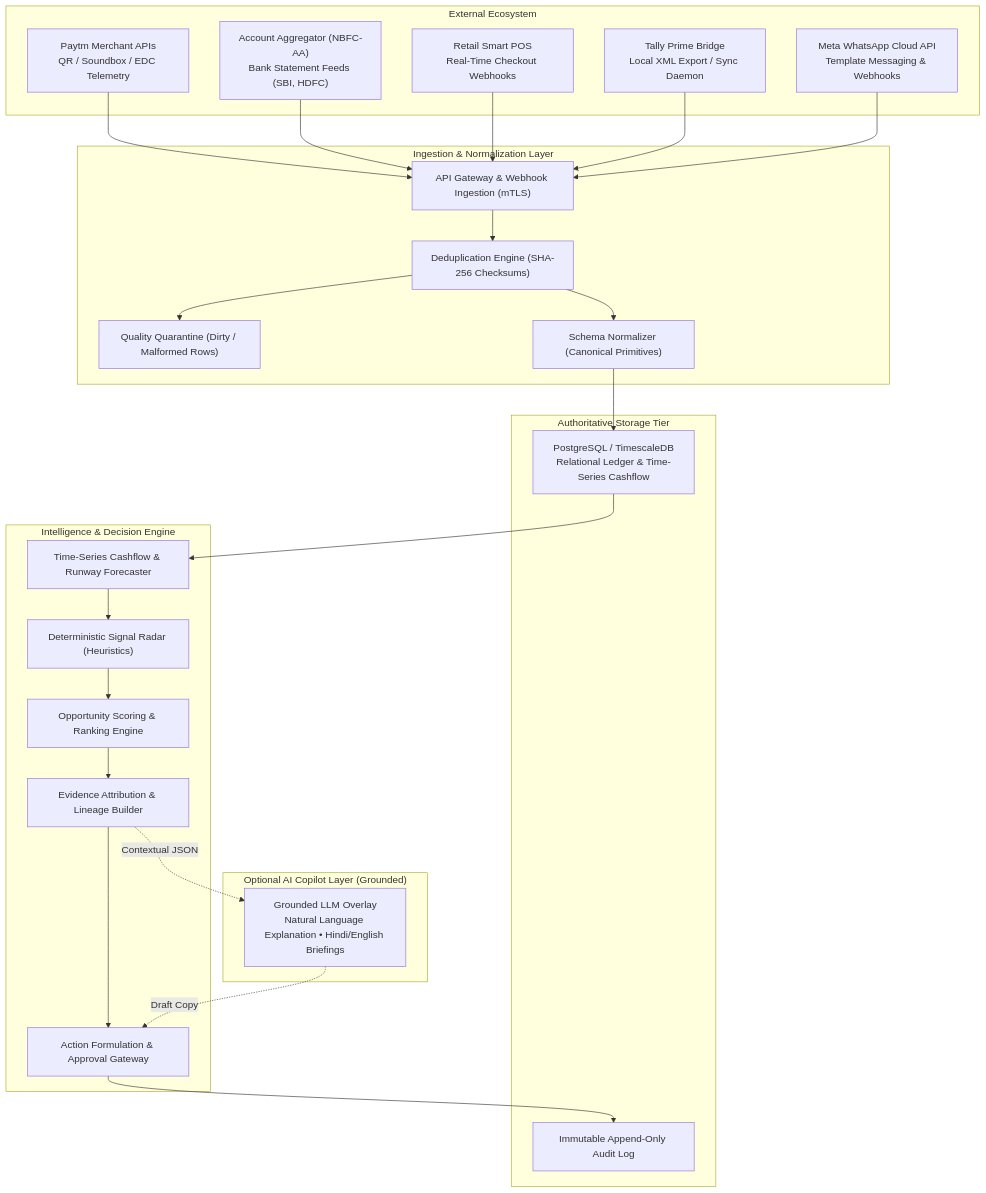
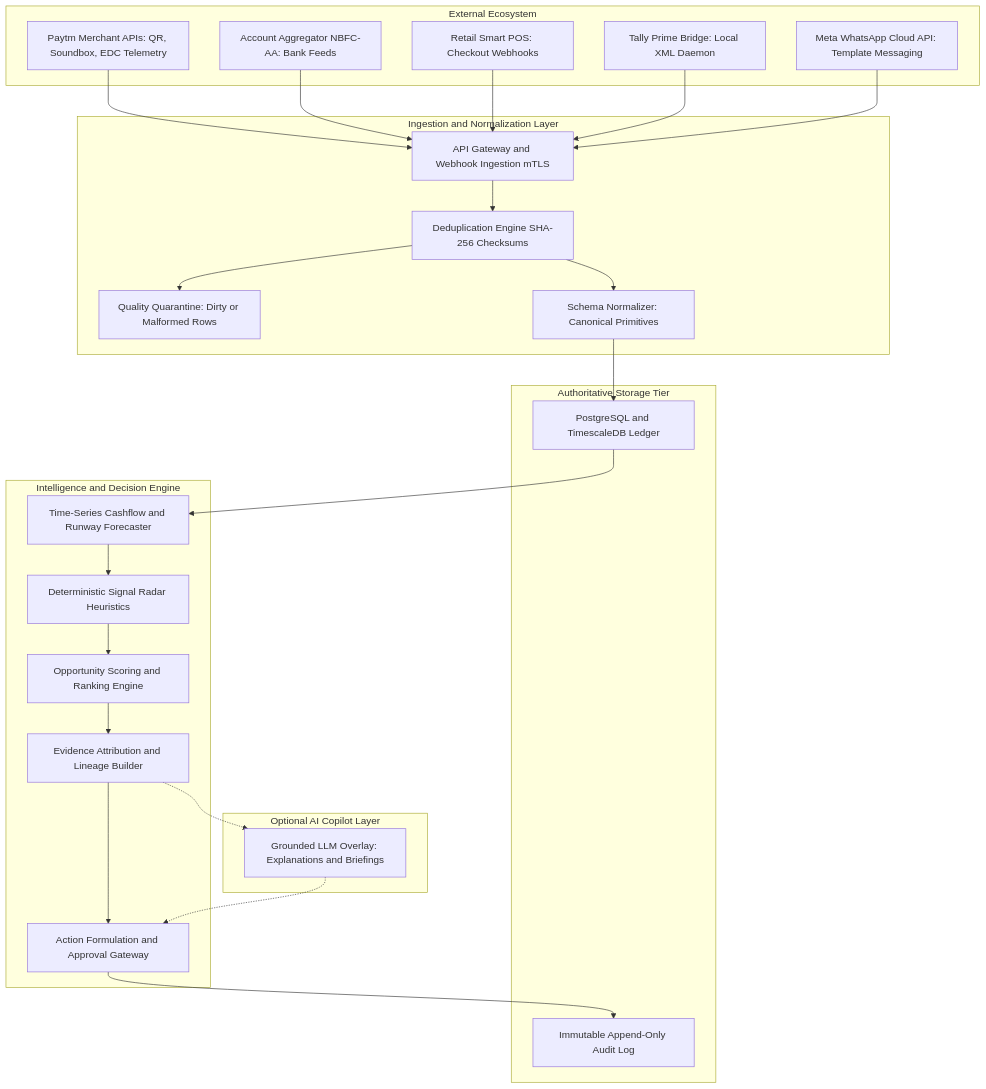
Before and after one commit to webdevpraveen/merchantmind_hacksprint: the third of 4 diagrams in README.md, drawn with Mermaid. The commit also changed other lines of this file, not shown here.

First line of the commit message:
fix(docs): resolve Mermaid rendering in GitHub by using standard graph syntax

````diff
--- a/README.md
+++ b/README.md
@@ -300,54 +300,54 @@
 ```mermaid
-flowchart TB
-    subgraph SOURCES["External Ecosystem"]
-        PAYTM["Paytm Merchant APIs<br/>QR / Soundbox / EDC Telemetry"]
-        AA["Account Aggregator (NBFC-AA)<br/>Bank Statement Feeds (SBI, HDFC)"]
-        POS["Retail Smart POS<br/>Real-Time Checkout Webhooks"]
-        TALLY["Tally Prime Bridge<br/>Local XML Export / Sync Daemon"]
-        WA["Meta WhatsApp Cloud API<br/>Template Messaging & Webhooks"]
+graph TB
+    subgraph SOURCES [External Ecosystem]
+        PAYTM[Paytm Merchant APIs: QR, Soundbox, EDC Telemetry]
+        AA[Account Aggregator NBFC-AA: Bank Feeds]
+        POS[Retail Smart POS: Checkout Webhooks]
+        TALLY[Tally Prime Bridge: Local XML Daemon]
+        WA[Meta WhatsApp Cloud API: Template Messaging]
     end
 
-    subgraph INGEST["Ingestion & Normalization Layer"]
-        EDGE["API Gateway & Webhook Ingestion (mTLS)"]
-        DEDUP["Deduplication Engine (SHA-256 Checksums)"]
-        QUAR["Quality Quarantine (Dirty / Malformed Rows)"]
-        NORM["Schema Normalizer (Canonical Primitives)"]
+    subgraph INGEST [Ingestion and Normalization Layer]
+        EDGE[API Gateway and Webhook Ingestion mTLS]
+        DEDUP[Deduplication Engine SHA-256 Checksums]
+        QUAR[Quality Quarantine: Dirty or Malformed Rows]
+        NORM[Schema Normalizer: Canonical Primitives]
     end
 
-    subgraph STORAGE["Authoritative Storage Tier"]
-        PG["PostgreSQL / TimescaleDB<br/>Relational Ledger & Time-Series Cashflow"]
-        AUDIT["Immutable Append-Only Audit Log"]
+    subgraph STORAGE [Authoritative Storage Tier]
+        PG[PostgreSQL and TimescaleDB Ledger]
+        AUDIT[Immutable Append-Only Audit Log]
     end
 
-    subgraph INTEL["Intelligence & Decision Engine"]
-        TIME["Time-Series Cashflow & Runway Forecaster"]
-        RADAR["Deterministic Signal Radar (Heuristics)"]
-        OPP["Opportunity Scoring & Ranking Engine"]
-        EVI["Evidence Attribution & Lineage Builder"]
-        ACT_ENG["Action Formulation & Approval Gateway"]
+    subgraph INTEL [Intelligence and Decision Engine]
+        TIME[Time-Series Cashflow and Runway Forecaster]
+        RADAR[Deterministic Signal Radar Heuristics]
+        OPP[Opportunity Scoring and Ranking Engine]
+        EVI[Evidence Attribution and Lineage Builder]
+        ACT_ENG[Action Formulation and Approval Gateway]
     end
 
-    subgraph COPILOT["Optional AI Copilot Layer (Grounded)"]
-        LLM["Grounded LLM Overlay<br/>Natural Language Explanation • Hindi/English Briefings"]
+    subgraph COPILOT [Optional AI Copilot Layer]
+        LLM[Grounded LLM Overlay: Explanations and Briefings]
     end
 
     PAYTM --> EDGE
     AA --> EDGE
     POS --> EDGE
     TALLY --> EDGE
     WA --> EDGE
 
     EDGE --> DEDUP
     DEDUP --> QUAR
     DEDUP --> NORM
     NORM --> PG
     PG --> TIME
     TIME --> RADAR
     RADAR --> OPP
     OPP --> EVI
     EVI --> ACT_ENG
     ACT_ENG --> AUDIT
 
-    EVI -. "Contextual JSON" .-> LLM
-    LLM -. "Draft Copy" .-> ACT_ENG
+    EVI -.-> LLM
+    LLM -.-> ACT_ENG
 ```
````
